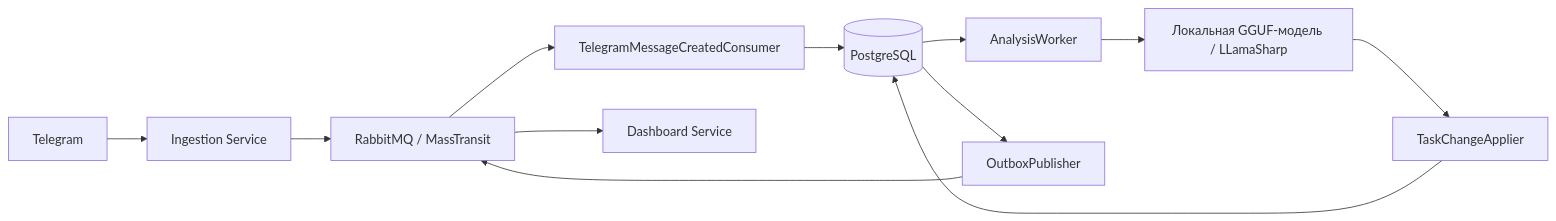
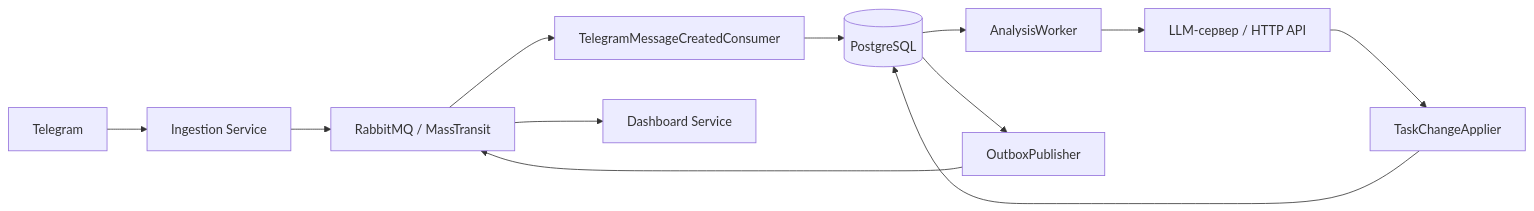
The diagram in docs/analytics-architecture.md (Range18/TeamMemory), drawn with Mermaid before and after one commit. The commit also changed other lines of this file and 19 other files, not shown here.

Commit message:
feat: добавил возможность общения с llm через http

````diff
--- a/docs/analytics-architecture.md
+++ b/docs/analytics-architecture.md
@@ -15,14 +15,14 @@
 ```mermaid
 flowchart LR
     Telegram[Telegram] --> Ingestion[Ingestion Service]
     Ingestion --> MQ[RabbitMQ / MassTransit]
     MQ --> Consumer[TelegramMessageCreatedConsumer]
     Consumer --> DB[(PostgreSQL)]
     DB --> Worker[AnalysisWorker]
-    Worker --> LLM[Локальная GGUF-модель / LLamaSharp]
+    Worker --> LLM[LLM-сервер / HTTP API]
     LLM --> Validator[TaskChangeApplier]
     Validator --> DB
     DB --> Publisher[OutboxPublisher]
     Publisher --> MQ
     MQ --> Dashboard[Dashboard Service]
 ```
````
